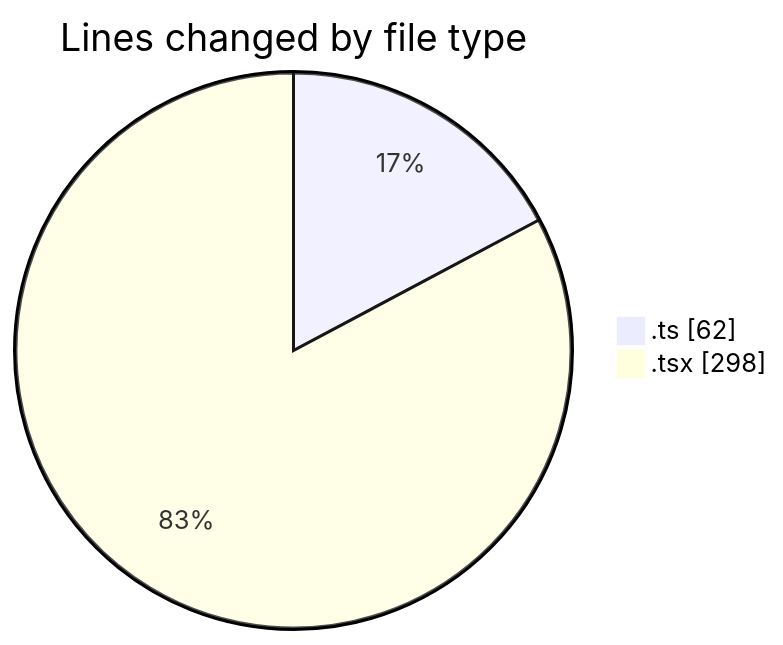
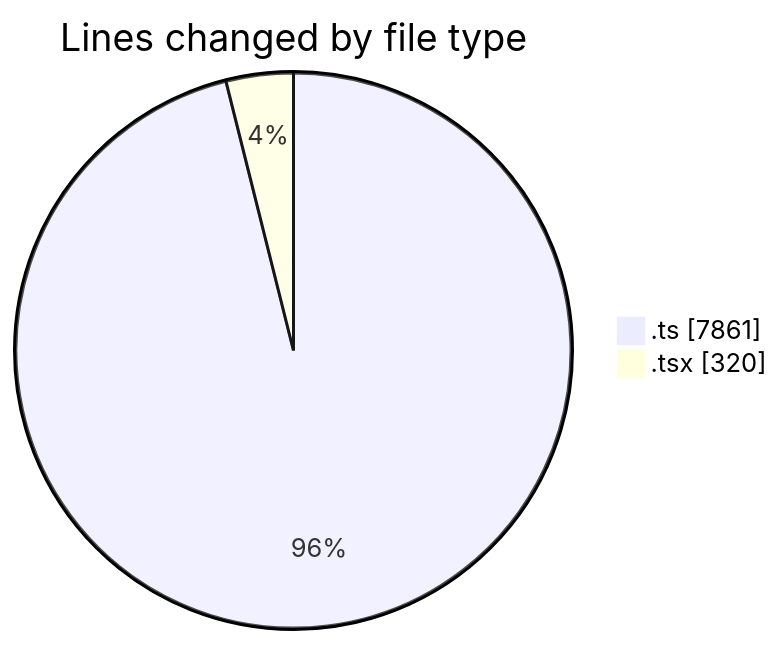
The first of 2 diagrams in 2025-08-13/cda/README.md (momahboobian/code-tracking), drawn with Mermaid before and after one commit. The commit also changed other lines of this file and 1 other file, not shown here.

````diff
--- a/2025-08-13/cda/README.md
+++ b/2025-08-13/cda/README.md
@@ -21,6 +23,6 @@
 ```mermaid
 pie showData
 title Lines changed by file type
-".ts" : 62
-".tsx" : 298
+".ts" : 7861
+".tsx" : 320
 ```
````
